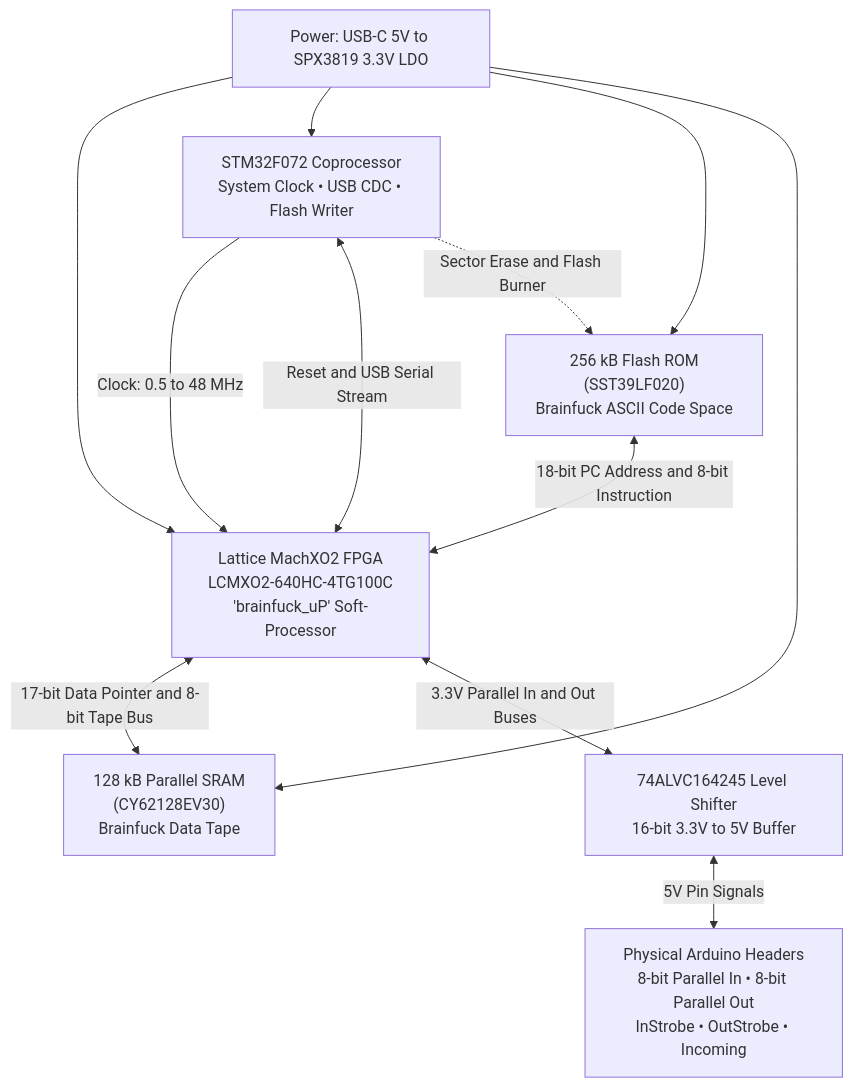
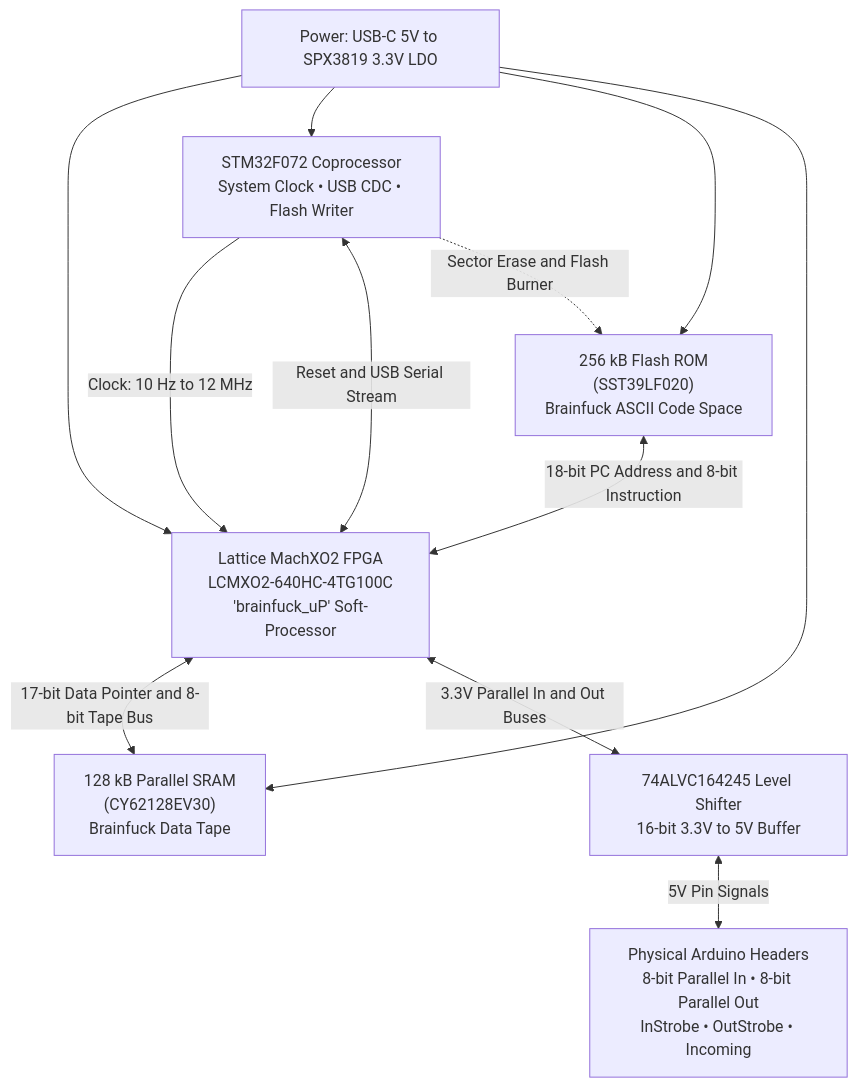
One commit to m-archibald/Brainfuino changed the diagram in documentation/docs/hardware/overview.md. Above: the diagram before and after it, drawn with Mermaid. The commit also changed 4 other files, not shown here.

Commit message:
docs: align firmware flashing methods, FPGA clock limits, and button timings

````diff
--- a/documentation/docs/hardware/overview.md
+++ b/documentation/docs/hardware/overview.md
@@ -16,25 +16,25 @@
 ```mermaid
 flowchart TD
     ROM["256 kB Flash ROM<br/>(SST39LF020)<br/>Brainfuck ASCII Code Space"]
     RAM["128 kB Parallel SRAM<br/>(CY62128EV30)<br/>Brainfuck Data Tape"]
     
     FPGA["Lattice MachXO2 FPGA<br/>LCMXO2-640HC-4TG100C<br/>'brainfuck_uP' Soft-Processor"]
 
     STM["STM32F072 Coprocessor<br/>System Clock • USB CDC • Flash Writer"]
     TRANS["74ALVC164245 Level Shifter<br/>16-bit 3.3V to 5V Buffer"]
     HEADERS["Physical Arduino Headers<br/>8-bit Parallel In • 8-bit Parallel Out<br/>InStrobe • OutStrobe • Incoming"]
 
     PWR["Power: USB-C 5V to SPX3819 3.3V LDO"]
 
     ROM <-->|18-bit PC Address and 8-bit Instruction| FPGA
     FPGA <-->|17-bit Data Pointer and 8-bit Tape Bus| RAM
-    STM -->|Clock: 0.5 to 48 MHz| FPGA
+    STM -->|Clock: 10 Hz to 12 MHz| FPGA
     STM <-->|Reset and USB Serial Stream| FPGA
     STM -.->|Sector Erase and Flash Burner| ROM
     FPGA <-->|3.3V Parallel In and Out Buses| TRANS
     TRANS <-->|5V Pin Signals| HEADERS
     PWR --> FPGA
     PWR --> STM
     PWR --> ROM
     PWR --> RAM
 ```
````
